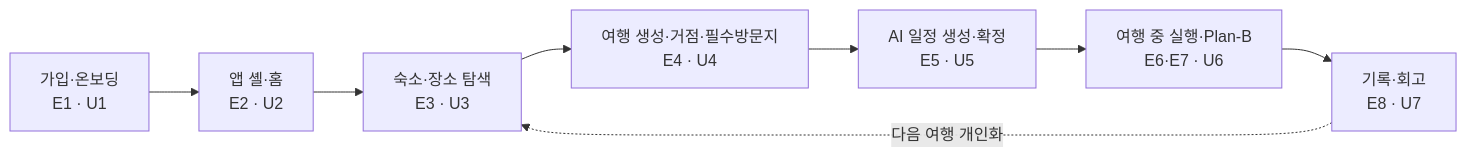
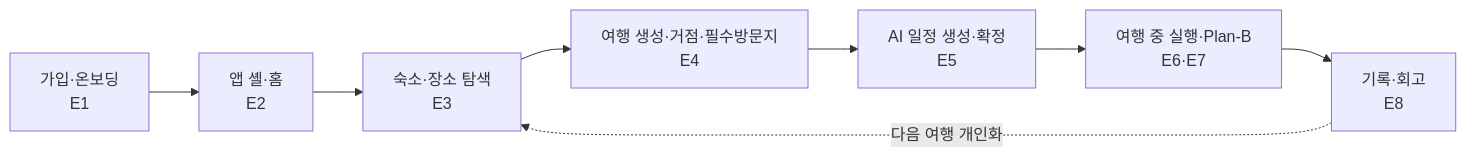
The second of 2 diagrams in docs/planning/scenarios.md (ASM-TripPilot/.github), drawn with Mermaid before and after one commit. The commit also changed other lines of this file and 5 other files, not shown here.

````diff
--- a/docs/planning/scenarios.md
+++ b/docs/planning/scenarios.md
@@ -50,10 +36,10 @@
 ```mermaid
 flowchart LR
-    S0["가입·온보딩<br/>E1 · U1"] --> S05["앱 셸·홈<br/>E2 · U2"]
-    S05 --> S1["숙소·장소 탐색<br/>E3 · U3"]
-    S1 --> S2["여행 생성·거점·필수방문지<br/>E4 · U4"]
-    S2 --> S3["AI 일정 생성·확정<br/>E5 · U5"]
-    S3 --> S4["여행 중 실행·Plan-B<br/>E6·E7 · U6"]
-    S4 --> S5["기록·회고<br/>E8 · U7"]
+    S0["가입·온보딩<br/>E1"] --> S05["앱 셸·홈<br/>E2"]
+    S05 --> S1["숙소·장소 탐색<br/>E3"]
+    S1 --> S2["여행 생성·거점·필수방문지<br/>E4"]
+    S2 --> S3["AI 일정 생성·확정<br/>E5"]
+    S3 --> S4["여행 중 실행·Plan-B<br/>E6·E7"]
+    S4 --> S5["기록·회고<br/>E8"]
     S5 -. 다음 여행 개인화 .-> S1
 ```
````
